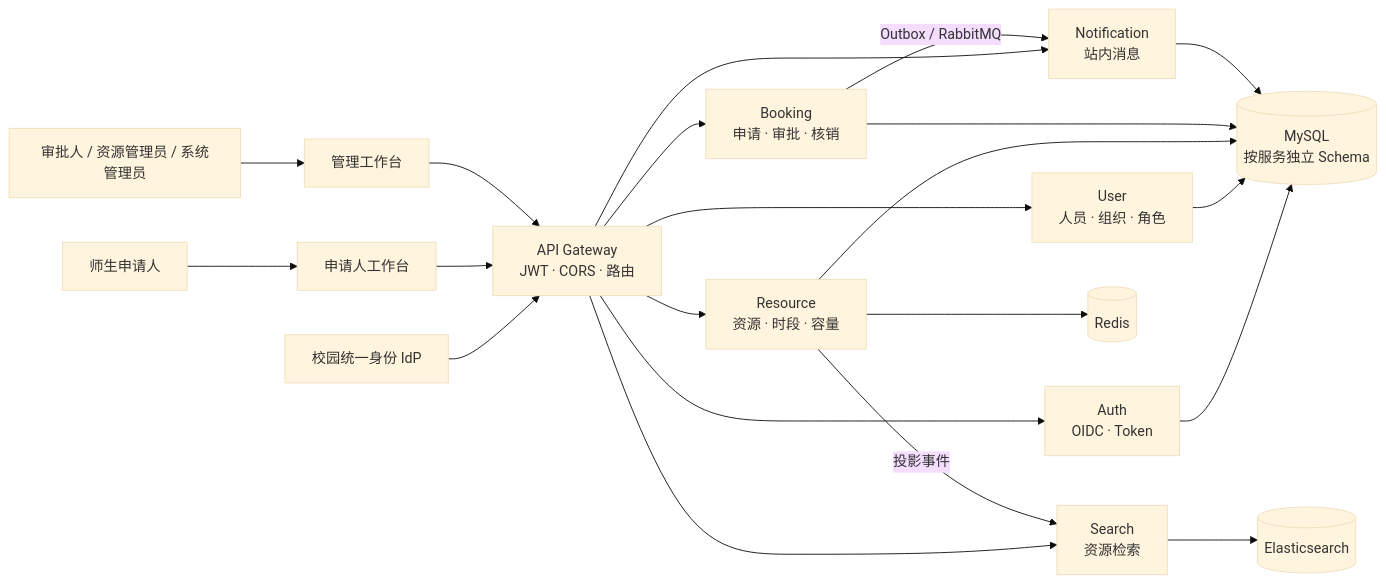
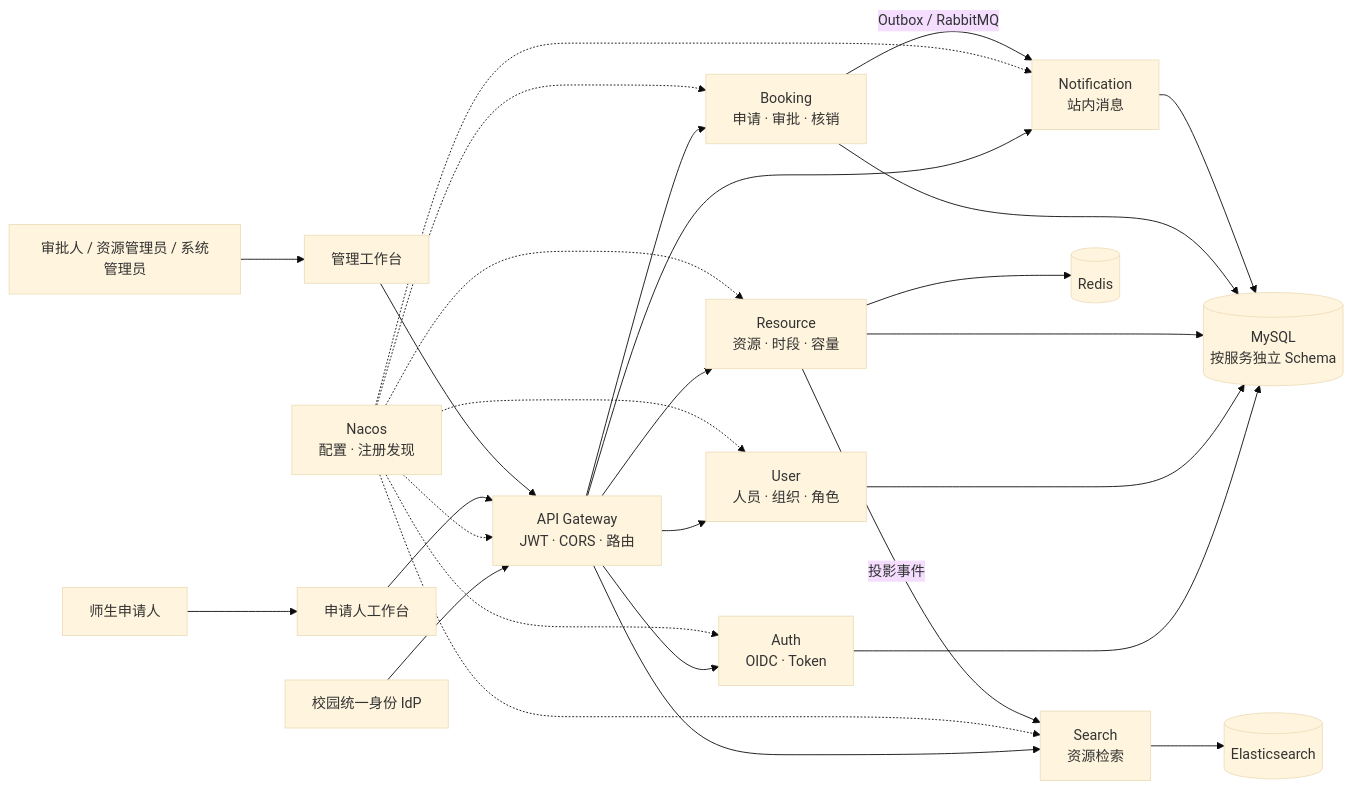
The diagram in README.md (Yanerdan/VenueFlow), drawn with Mermaid (base theme) before and after one commit. The commit also changed other lines of this file and 4 other files, not shown here.

````diff
--- a/README.md
+++ b/README.md
@@ -21,19 +22,26 @@
 ```mermaid
 flowchart LR
     U["师生申请人"] --> W["申请人工作台"]
     A["审批人 / 资源管理员 / 系统管理员"] --> M["管理工作台"]
     I["校园统一身份 IdP"] --> G
+    NC["Nacos<br/>配置 · 注册发现"] -.-> G
     W --> G["API Gateway<br/>JWT · CORS · 路由"]
     M --> G
     G --> AU["Auth<br/>OIDC · Token"]
     G --> US["User<br/>人员 · 组织 · 角色"]
     G --> RS["Resource<br/>资源 · 时段 · 容量"]
     G --> BS["Booking<br/>申请 · 审批 · 核销"]
     G --> NS["Notification<br/>站内消息"]
     G --> SS["Search<br/>资源检索"]
+    NC -.-> AU
+    NC -.-> US
+    NC -.-> RS
+    NC -.-> BS
+    NC -.-> NS
+    NC -.-> SS
     BS -- "Outbox / RabbitMQ" --> NS
     RS -- "投影事件" --> SS
     AU & US & RS & BS & NS --> DB[("MySQL<br/>按服务独立 Schema")]
     RS --> R[("Redis")]
     SS --> ES[("Elasticsearch")]
 ```
````
